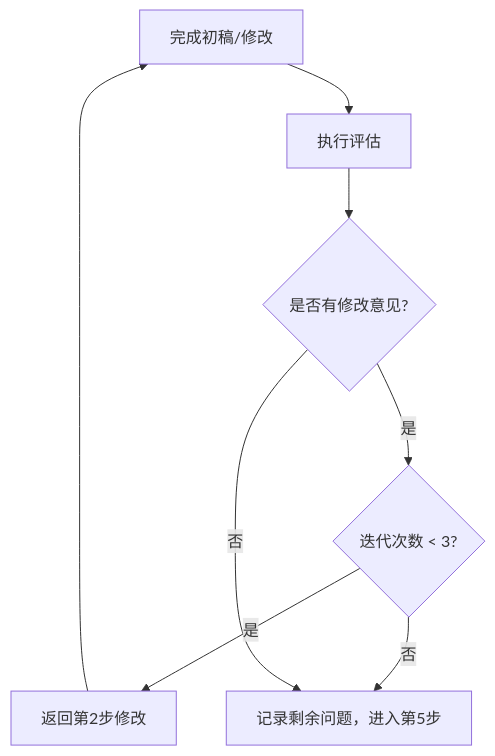
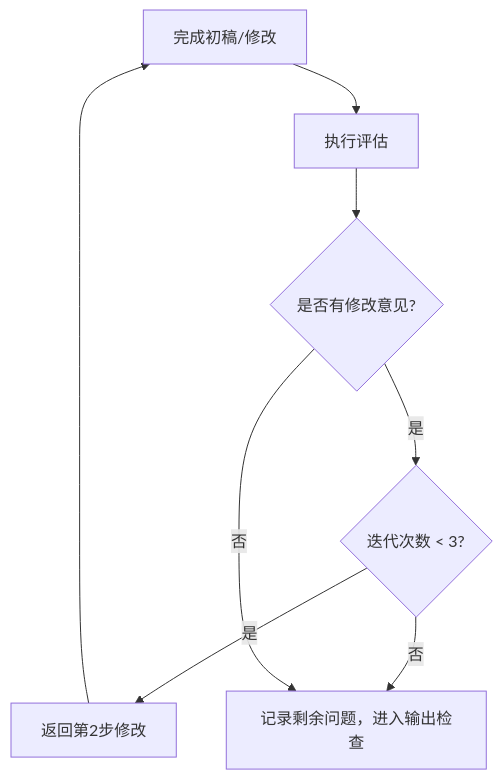
Before and after one commit to yjiace/course_slidev: the third of 3 diagrams in .agent/workflows/blog-generator.md, drawn with Mermaid. The commit also changed other lines of this file and 2 other files, not shown here.

````diff
--- a/.agent/workflows/blog-generator.md
+++ b/.agent/workflows/blog-generator.md
@@ -272,10 +270,10 @@
 ```mermaid
 flowchart TD
     A[完成初稿/修改] --> B[执行评估]
     B --> C{是否有修改意见?}
     C -->|是| D{迭代次数 < 3?}
     D -->|是| E[返回第2步修改]
     E --> A
-    D -->|否| F[记录剩余问题，进入第5步]
+    D -->|否| F[记录剩余问题，进入输出检查]
     C -->|否| F
 ```
````
